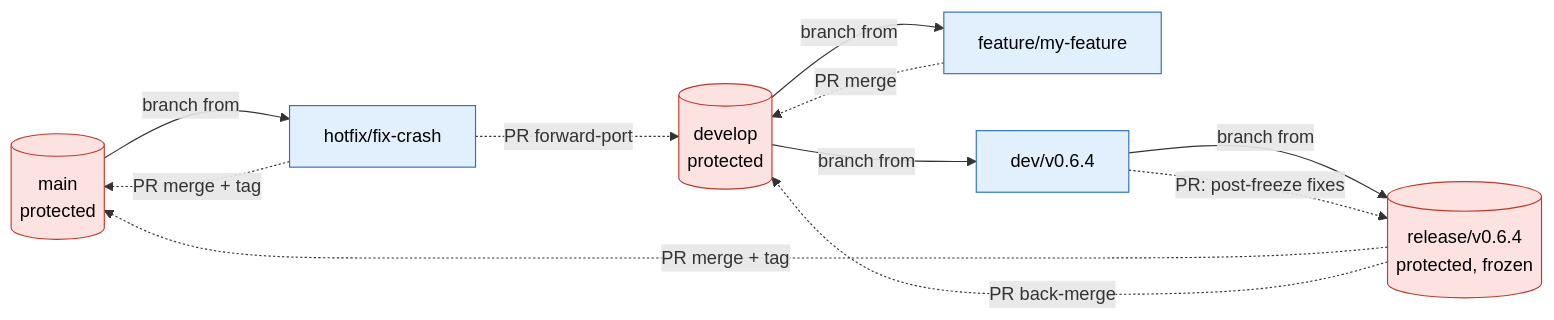
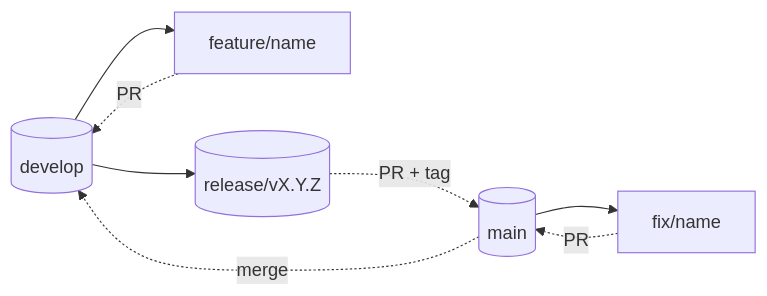
Before and after one commit to sebllns/kmhelpers: the diagram in docs/contributing/dev.md, drawn with Mermaid. The commit also changed other lines of this file, not shown here.

Commit message:
docs/contributing/dev.md

````diff
--- a/docs/contributing/dev.md
+++ b/docs/contributing/dev.md
@@ -96,30 +64,16 @@
 ```mermaid
 flowchart LR
-    main[("main<br/>protected")]
-    develop[("develop<br/>protected")]
-    feat["feature/my-feature"]
-    devv["dev/v0.6.4"]
-    rel[("release/v0.6.4<br/>protected, frozen")]
-    hot["hotfix/fix-crash"]
+    develop[("develop")]
+    feat["feature/name"]
+    rel[("release/vX.Y.Z")]
+    main[("main")]
+    fix["fix/name"]
 
-    %% feature cycle
-    develop -->|branch from| feat
-    feat -.->|PR merge| develop
-
-    %% release cycle
-    develop -->|branch from| devv
-    devv -->|branch from| rel
-    devv -.->|PR: post-freeze fixes| rel
-    rel -.->|PR merge + tag| main
-    rel -.->|PR back-merge| develop
-
-    %% hotfix cycle
-    main -->|branch from| hot
-    hot -.->|PR merge + tag| main
-    hot -.->|PR forward-port| develop
-
-    classDef prot fill:#fde2e2,stroke:#c0392b,color:#000;
-    classDef work fill:#e2f0fd,stroke:#2c6fbb,color:#000;
-    class main,develop,rel prot;
-    class feat,devv,hot work;
+    develop --> feat
+    feat -.->|PR| develop
+    develop --> rel
+    rel -.->|PR + tag| main
+    main --> fix
+    fix -.->|PR| main
+    main -.->|merge| develop
 ```
````
